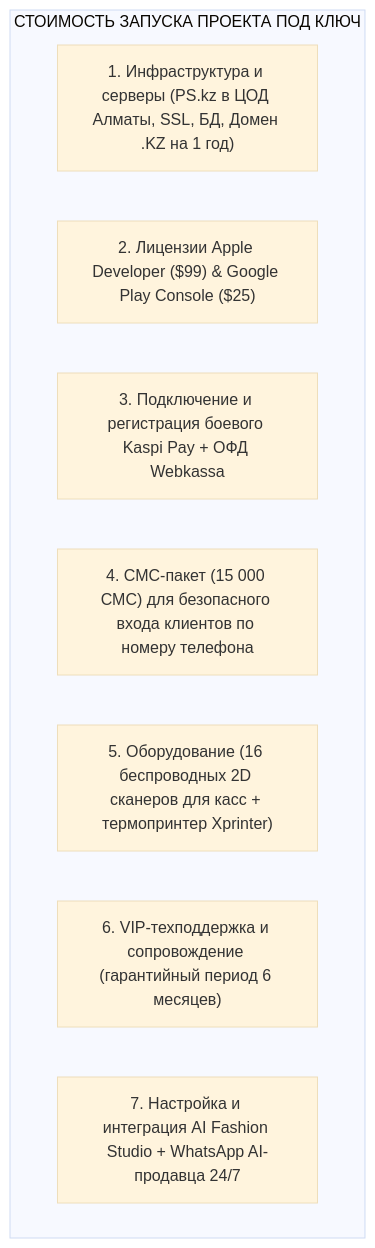
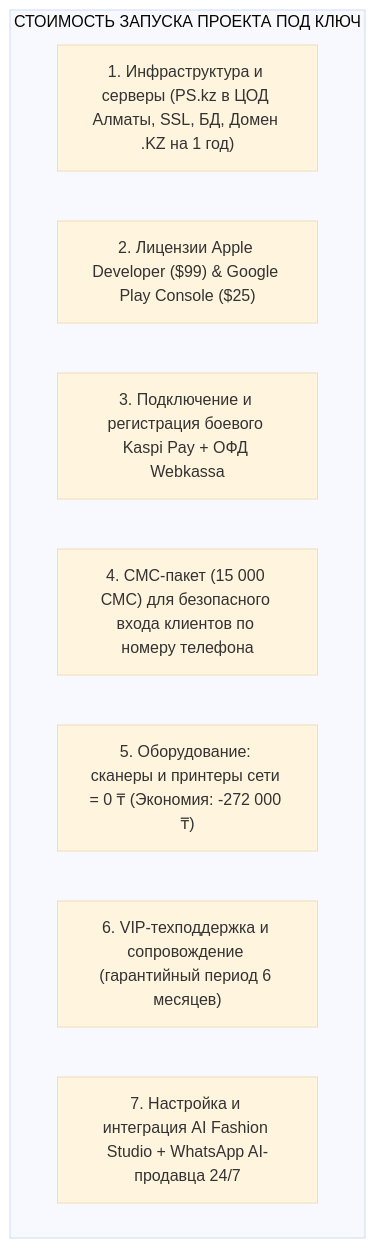
Before and after one commit to akbota17031992-lgtm/Indian_trikotazh: the fourth of 5 diagrams in investor_presentation_indiatrikotaj.md, drawn with Mermaid (base theme). The commit also changed other lines of this file and 5 other files, not shown here.

````diff
--- a/investor_presentation_indiatrikotaj.md
+++ b/investor_presentation_indiatrikotaj.md
@@ -125,12 +125,12 @@
 ```mermaid
 flowchart TD
     subgraph СТОИМОСТЬ ЗАПУСКА ПРОЕКТА ПОД КЛЮЧ
         S1["1. Инфраструктура и серверы (PS.kz в ЦОД Алматы, SSL, БД, Домен .KZ на 1 год)"]
         S2["2. Лицензии Apple Developer ($99) & Google Play Console ($25)"]
         S3["3. Подключение и регистрация боевого Kaspi Pay + ОФД Webkassa"]
         S4["4. СМС-пакет (15 000 СМС) для безопасного входа клиентов по номеру телефона"]
-        S5["5. Оборудование (16 беспроводных 2D сканеров для касс + термопринтер Xprinter)"]
+        S5["5. Оборудование: сканеры и принтеры сети = 0 ₸ (Экономия: -272 000 ₸)"]
         S6["6. VIP-техподдержка и сопровождение (гарантийный период 6 месяцев)"]
         S7["7. Настройка и интеграция AI Fashion Studio + WhatsApp AI-продавца 24/7"]
     end
 ```
````
